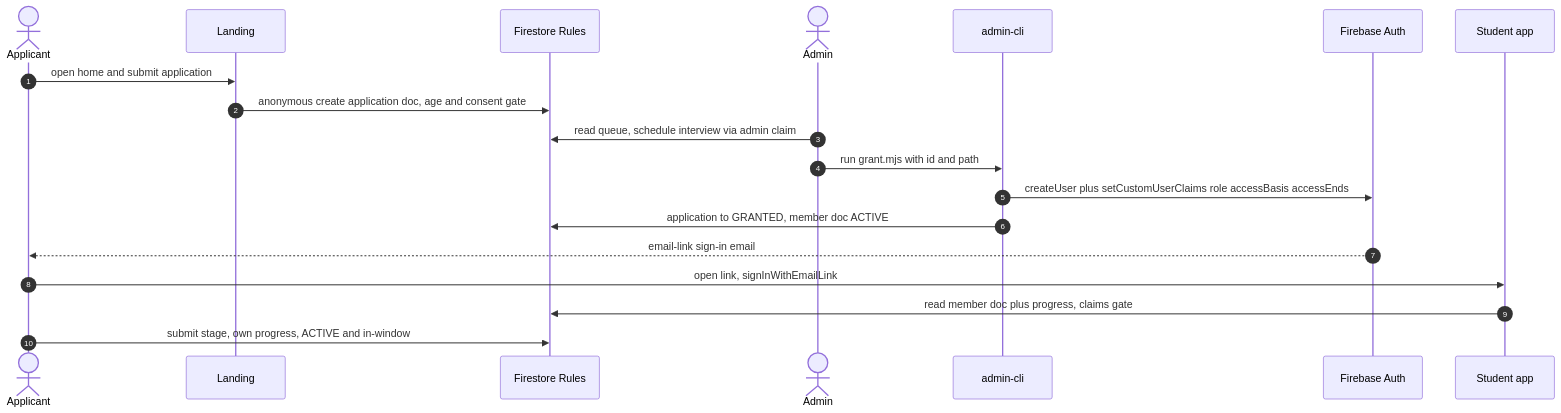
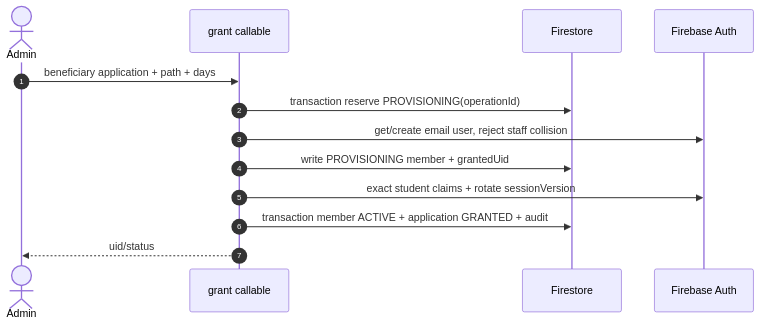
The second of 2 diagrams in v3/docs/Architecture-V3.md (tccao/stem-career-path-ai-era), drawn with Mermaid before and after one commit. The commit also changed other lines of this file and 72 other files, not shown here.

````diff
--- a/v3/docs/Architecture-V3.md
+++ b/v3/docs/Architecture-V3.md
@@ -90,21 +153,15 @@
 ```mermaid
 sequenceDiagram
   autonumber
-  actor A as Applicant
-  participant L as Landing
-  participant FS as Firestore Rules
-  actor AD as Admin
-  participant CLI as admin-cli
-  participant AU as Firebase Auth
-  participant APP as Student app
-  A->>L: open home and submit application
-  L->>FS: anonymous create application doc, age and consent gate
-  AD->>FS: read queue, schedule interview via admin claim
-  AD->>CLI: run grant.mjs with id and path
-  CLI->>AU: createUser plus setCustomUserClaims role accessBasis accessEnds
-  CLI->>FS: application to GRANTED, member doc ACTIVE
-  AU-->>A: email-link sign-in email
-  A->>APP: open link, signInWithEmailLink
-  APP->>FS: read member doc plus progress, claims gate
-  A->>FS: submit stage, own progress, ACTIVE and in-window
+  actor Admin
+  participant F as grant callable
+  participant DB as Firestore
+  participant A as Firebase Auth
+  Admin->>F: beneficiary application + path + days
+  F->>DB: transaction reserve PROVISIONING(operationId)
+  F->>A: get/create email user, reject staff collision
+  F->>DB: write PROVISIONING member + grantedUid
+  F->>A: exact student claims + rotate sessionVersion
+  F->>DB: transaction member ACTIVE + application GRANTED + audit
+  F-->>Admin: uid/status
 ```
````
